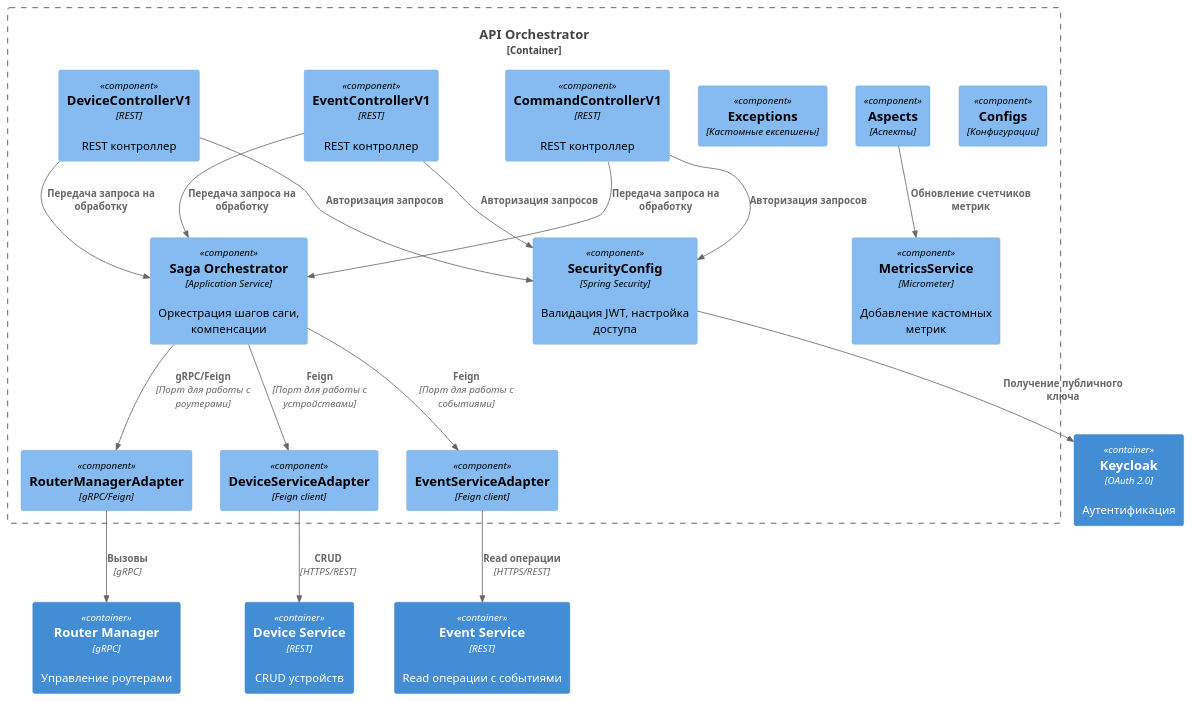
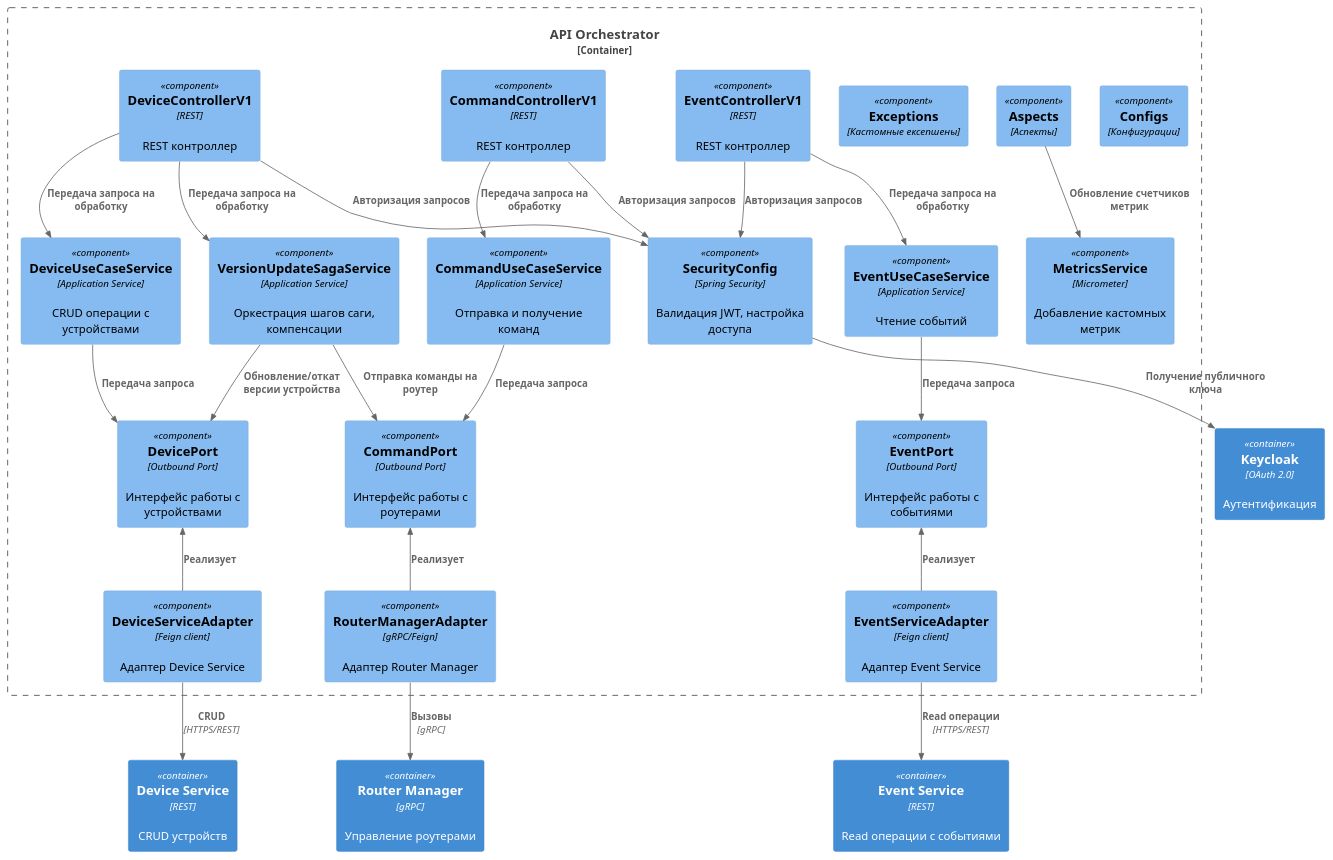
One commit to SinglePlayer56/iot changed the diagram in api-orchestrator/diagrams/component.puml. Above: the diagram before and after it, drawn with PlantUML.

Commit message:
Fix component diagram for api-orchestrator.

```diff
--- a/api-orchestrator/diagrams/component.puml
+++ b/api-orchestrator/diagrams/component.puml
@@ -1,44 +1,59 @@
 @startuml
 !includeurl https://raw.githubusercontent.com/plantuml-stdlib/C4-PlantUML/master/C4_Component.puml
 
 Container_Boundary(api-orchestrator, "API Orchestrator") {
     Component(security_config, "SecurityConfig", "Spring Security", "Валидация JWT, настройка доступа")
     Component(metrics_service, "MetricsService", "Micrometer", "Добавление кастомных метрик")
     Component(configs, "Configs", "Конфигурации")
     Component(aspects, "Aspects", "Аспекты")
     Component(exceptions, "Exceptions", "Кастомные ексепшены")
-    Component(saga_orchestrator, "Saga Orchestrator", "Application Service", "Оркестрация шагов саги, компенсации")
+    Component(version_update_saga_service, "VersionUpdateSagaService", "Application Service", "Оркестрация шагов саги, компенсации")
 
     Component(device_controller_v1, "DeviceControllerV1", "REST", "REST контроллер")
     Component(event_controller_v1, "EventControllerV1", "REST", "REST контроллер")
     Component(command_controller_v1, "CommandControllerV1", "REST", "REST контроллер")
 
-    Component(device_service_adapter, "DeviceServiceAdapter", "Feign client")
-    Component(event_service_adapter, "EventServiceAdapter", "Feign client")
-    Component(router_manager_adapter, "RouterManagerAdapter", "gRPC/Feign")
+    Component(command_use_case, "CommandUseCaseService", "Application Service", "Отправка и получение команд")
+    Component(event_use_case, "EventUseCaseService", "Application Service", "Чтение событий")
+    Component(device_use_case, "DeviceUseCaseService", "Application Service", "CRUD операции с устройствами")
 
-    Rel(device_controller_v1, saga_orchestrator, "Передача запроса на обработку")
-    Rel(event_controller_v1, saga_orchestrator, "Передача запроса на обработку")
-    Rel(command_controller_v1, saga_orchestrator, "Передача запроса на обработку")
+    Component(command_port, "CommandPort", "Outbound Port", "Интерфейс работы с роутерами")
+    Component(event_port, "EventPort", "Outbound Port", "Интерфейс работы с событиями")
+    Component(device_port, "DevicePort", "Outbound Port", "Интерфейс работы с устройствами")
 
-    Rel(saga_orchestrator, device_service_adapter, "Feign", "Порт для работы с устройствами")
-    Rel(saga_orchestrator, event_service_adapter, "Feign", "Порт для работы с событиями")
-    Rel(saga_orchestrator, router_manager_adapter, "gRPC/Feign", "Порт для работы с роутерами")
+    Component(device_service_adapter, "DeviceServiceAdapter", "Feign client", "Адаптер Device Service")
+    Component(event_service_adapter, "EventServiceAdapter", "Feign client", "Адаптер Event Service")
+    Component(router_manager_adapter, "RouterManagerAdapter", "gRPC/Feign", "Адаптер Router Manager")
+
+    Rel(device_controller_v1, device_use_case, "Передача запроса на обработку")
+    Rel(device_controller_v1, version_update_saga_service, "Передача запроса на обработку")
+    Rel(event_controller_v1, event_use_case, "Передача запроса на обработку")
+    Rel(command_controller_v1, command_use_case, "Передача запроса на обработку")
+
+    Rel(device_use_case, device_port, "Передача запроса")
+    Rel(event_use_case, event_port, "Передача запроса")
+    Rel(command_use_case, command_port, "Передача запроса")
+    Rel(version_update_saga_service, device_port, "Обновление/откат версии устройства")
+    Rel(version_update_saga_service, command_port, "Отправка команды на роутер")
+
+    Rel_Back(device_port, device_service_adapter, "Реализует")
+    Rel_Back(event_port, event_service_adapter, "Реализует")
+    Rel_Back(command_port, router_manager_adapter, "Реализует")
 
     Rel(device_controller_v1, security_config, "Авторизация запросов")
     Rel(event_controller_v1, security_config, "Авторизация запросов")
     Rel(command_controller_v1, security_config, "Авторизация запросов")
     Rel(aspects, metrics_service, "Обновление счетчиков метрик")
 }
 
 Container(keycloak, "Keycloak", "OAuth 2.0", "Аутентификация")
 Container(device_service, "Device Service", "REST", "CRUD устройств")
 Container(event_service, "Event Service", "REST", "Read операции с событиями")
 Container(router_manager, "Router Manager", "gRPC", "Управление роутерами")
 
 Rel(security_config, keycloak, "Получение публичного ключа")
 Rel(device_service_adapter, device_service, "CRUD", "HTTPS/REST")
 Rel(event_service_adapter, event_service, "Read операции", "HTTPS/REST")
 Rel(router_manager_adapter, router_manager, "Вызовы", "gRPC")
 
 @enduml
```
